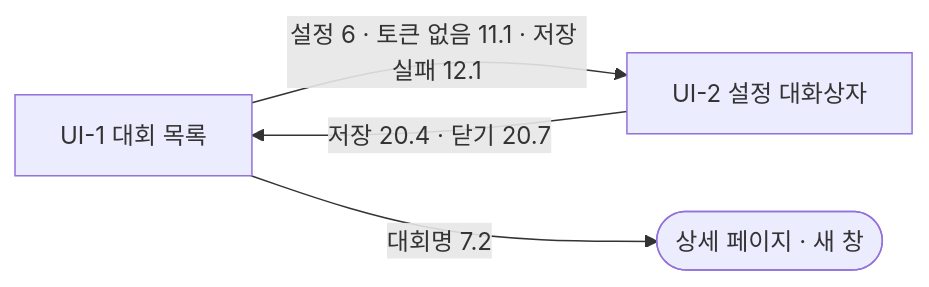
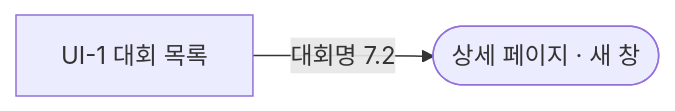
Before and after one commit to HoyoungParkme/competition-crawler: the diagram in docs/specs/07-UI/CCR-UI-001.md, drawn with Mermaid. The commit also changed other lines of this file, not shown here.

````diff
--- a/docs/specs/07-UI/CCR-UI-001.md
+++ b/docs/specs/07-UI/CCR-UI-001.md
@@ -413,6 +309,4 @@
 ```mermaid
 flowchart LR
-    UI1[UI-1 대회 목록] -->|설정 6 · 토큰 없음 11.1 · 저장 실패 12.1| UI2[UI-2 설정 대화상자]
-    UI2 -->|저장 20.4 · 닫기 20.7| UI1
-    UI1 -->|대회명 7.2| EXT([상세 페이지 · 새 창])
+    UI1[UI-1 대회 목록] -->|대회명 7.2| EXT([상세 페이지 · 새 창])
 ```
````
